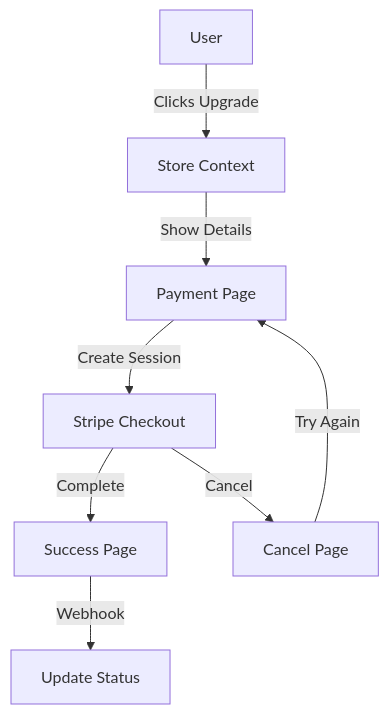
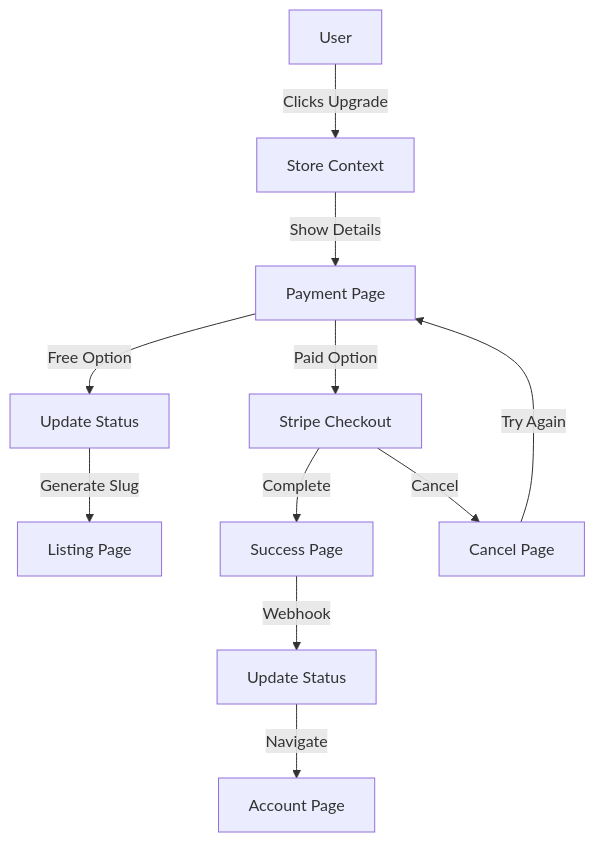
Before and after one commit to parlakyan/beginrecovery: the diagram in docs/PAYMENTS.md, drawn with Mermaid. The commit also changed other lines of this file and 3 other files, not shown here.

````diff
--- a/docs/PAYMENTS.md
+++ b/docs/PAYMENTS.md
@@ -17,10 +25,13 @@
 ```mermaid
 graph TD
     A[User] -->|Clicks Upgrade| B[Store Context]
     B -->|Show Details| C[Payment Page]
-    C -->|Create Session| D[Stripe Checkout]
-    D -->|Complete| E[Success Page]
-    D -->|Cancel| F[Cancel Page]
-    F -->|Try Again| C
-    E -->|Webhook| G[Update Status]
+    C -->|Free Option| D[Update Status]
+    C -->|Paid Option| E[Stripe Checkout]
+    D -->|Generate Slug| F[Listing Page]
+    E -->|Complete| G[Success Page]
+    E -->|Cancel| H[Cancel Page]
+    H -->|Try Again| C
+    G -->|Webhook| I[Update Status]
+    I -->|Navigate| J[Account Page]
 ```
````
